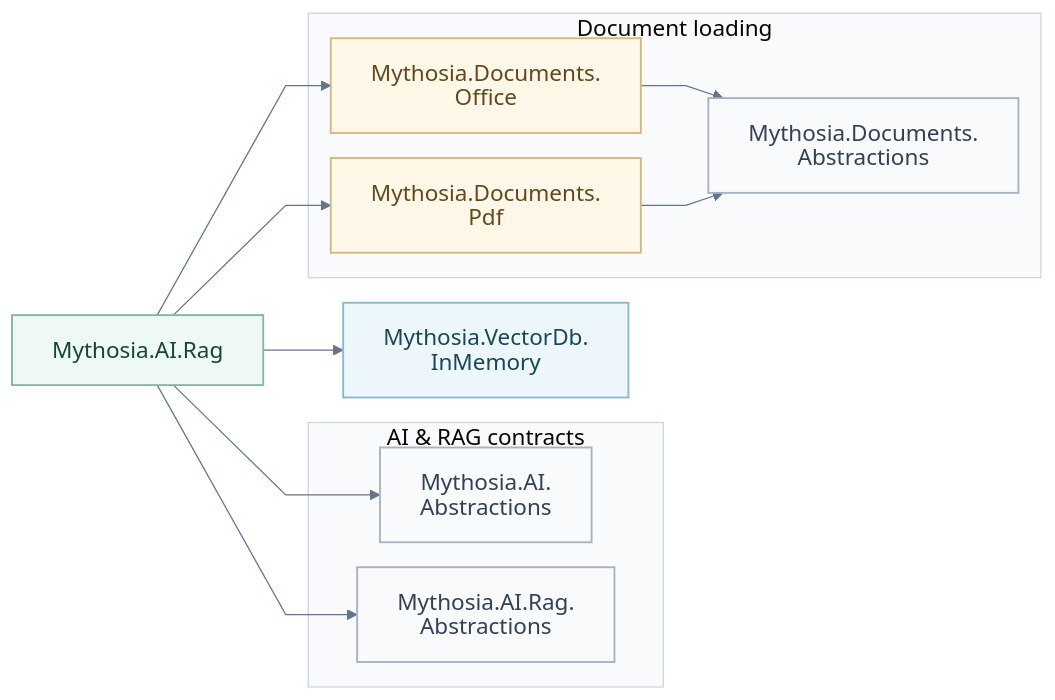
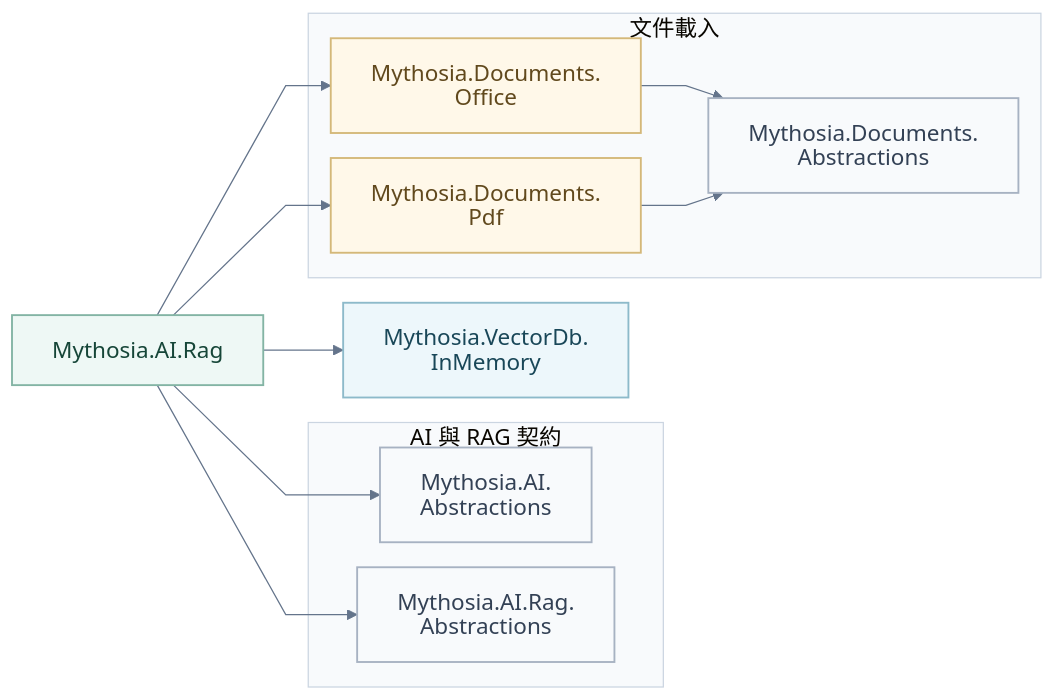
The second of 3 diagrams in docs/zh-Hant/README.md (AJ-comp/Mythosia.AI), drawn with Mermaid before and after one commit. The commit also changed other lines of this file and 172 other files, not shown here.

````diff
--- a/docs/zh-Hant/README.md
+++ b/docs/zh-Hant/README.md
@@ -104,28 +372,28 @@
 ```mermaid
 %%{init: {"theme":"base","look":"classic","htmlLabels":false,"themeVariables":{"fontFamily":"Arial, sans-serif","fontSize":"18px","primaryTextColor":"#172c46","lineColor":"#64748b","clusterBkg":"#f8fafc","clusterBorder":"#cbd5e1"},"flowchart":{"htmlLabels":false,"curve":"linear","nodeSpacing":20,"rankSpacing":36,"padding":16,"wrappingWidth":300},"fontFamily":"Arial, sans-serif","fontSize":18}}%%
 flowchart LR
     Rag["Mythosia.AI.Rag"]:::rag
-    subgraph Contracts["AI & RAG contracts"]
+    subgraph Contracts["AI 與 RAG 契約"]
         AIAbs["Mythosia.AI.<br/>Abstractions"]:::contract
         RagAbs["Mythosia.AI.Rag.<br/>Abstractions"]:::contract
     end
     InMem["Mythosia.VectorDb.<br/>InMemory"]:::store
-    subgraph Documents["Document loading"]
+    subgraph Documents["文件載入"]
         Office["Mythosia.Documents.<br/>Office"]:::documents
         Pdf["Mythosia.Documents.<br/>Pdf"]:::documents
         LoaderAbs["Mythosia.Documents.<br/>Abstractions"]:::contract
         Office --> LoaderAbs
         Pdf --> LoaderAbs
     end
     Rag --> AIAbs
     Rag --> RagAbs
     Rag --> InMem
     Rag --> Office
     Rag --> Pdf
     classDef core fill:#eff6ff,stroke:#93b4de,color:#172c46,stroke-width:1.5px
     classDef rag fill:#eef8f5,stroke:#83b4a4,color:#164638,stroke-width:1.5px
     classDef extension fill:#f5f0fc,stroke:#b9a4d4,color:#403054,stroke-width:1.5px
     classDef documents fill:#fff8e9,stroke:#d4b879,color:#61491d,stroke-width:1.5px
     classDef store fill:#edf7fb,stroke:#8dbaca,color:#194758,stroke-width:1.5px
     classDef contract fill:#f8fafc,stroke:#a7b2c2,color:#334155,stroke-width:1.5px
 ```
````
